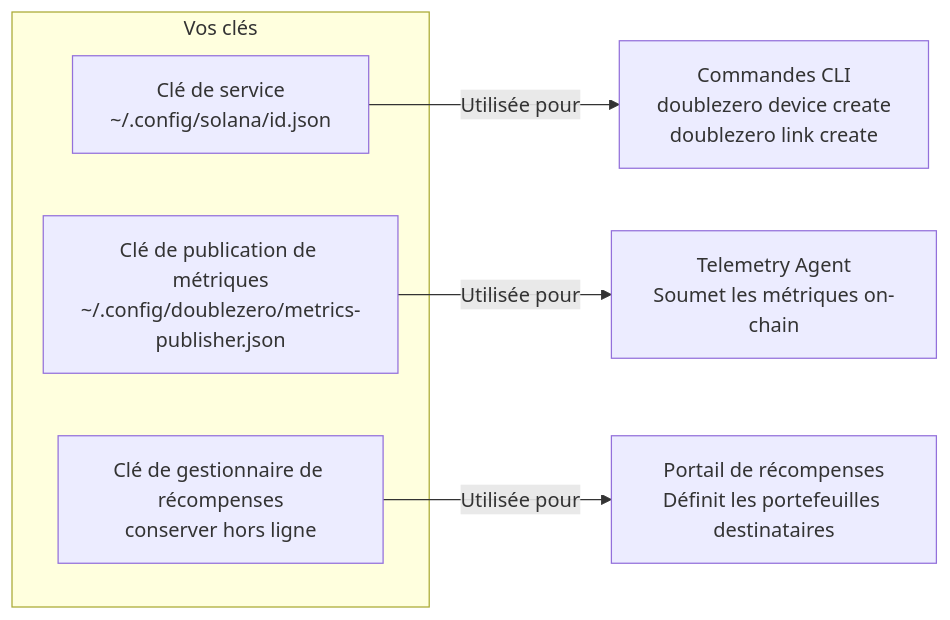
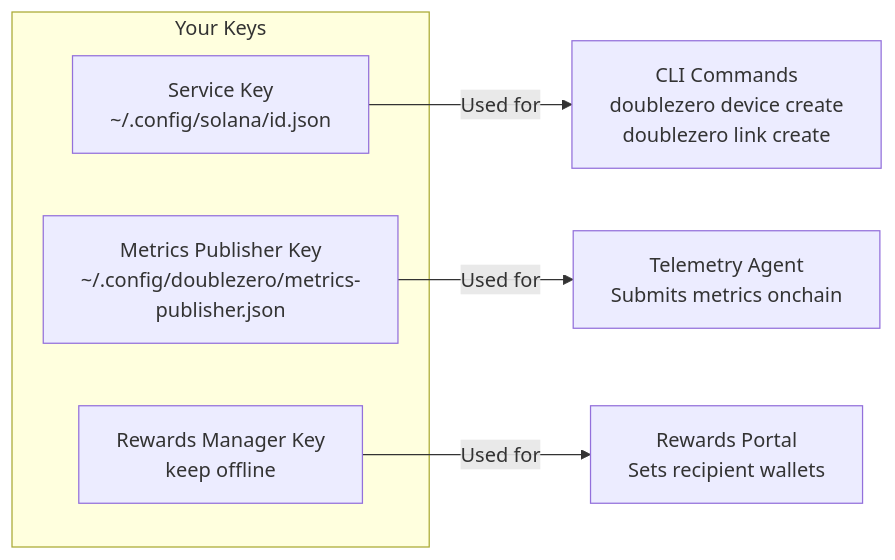
One commit to malbeclabs/docs changed the fourth of 10 diagrams in docs/contribute-provisioning.fr.md. Above: the diagram before and after it, drawn with Mermaid. The commit also changed other lines of this file and 27 other files, not shown here.

````diff
--- a/docs/contribute-provisioning.fr.md
+++ b/docs/contribute-provisioning.fr.md
@@ -208,12 +208,12 @@
 ```mermaid
 flowchart LR
-    subgraph "Vos clés"
-        SK[Clé de service<br/>~/.config/solana/id.json]
-        MK[Clé de publication de métriques<br/>~/.config/doublezero/metrics-publisher.json]
-        RK[Clé de gestionnaire de récompenses<br/>conserver hors ligne]
+    subgraph "Your Keys"
+        SK[Service Key<br/>~/.config/solana/id.json]
+        MK[Metrics Publisher Key<br/>~/.config/doublezero/metrics-publisher.json]
+        RK[Rewards Manager Key<br/>keep offline]
     end
 
-    SK -->|Utilisée pour| CLI[Commandes CLI<br/>doublezero device create<br/>doublezero link create]
-    MK -->|Utilisée pour| TEL[Telemetry Agent<br/>Soumet les métriques on-chain]
-    RK -->|Utilisée pour| REW[Portail de récompenses<br/>Définit les portefeuilles destinataires]
+    SK -->|Used for| CLI[CLI Commands<br/>doublezero device create<br/>doublezero link create]
+    MK -->|Used for| TEL[Telemetry Agent<br/>Submits metrics onchain]
+    RK -->|Used for| REW[Rewards Portal<br/>Sets recipient wallets]
 ```
````
